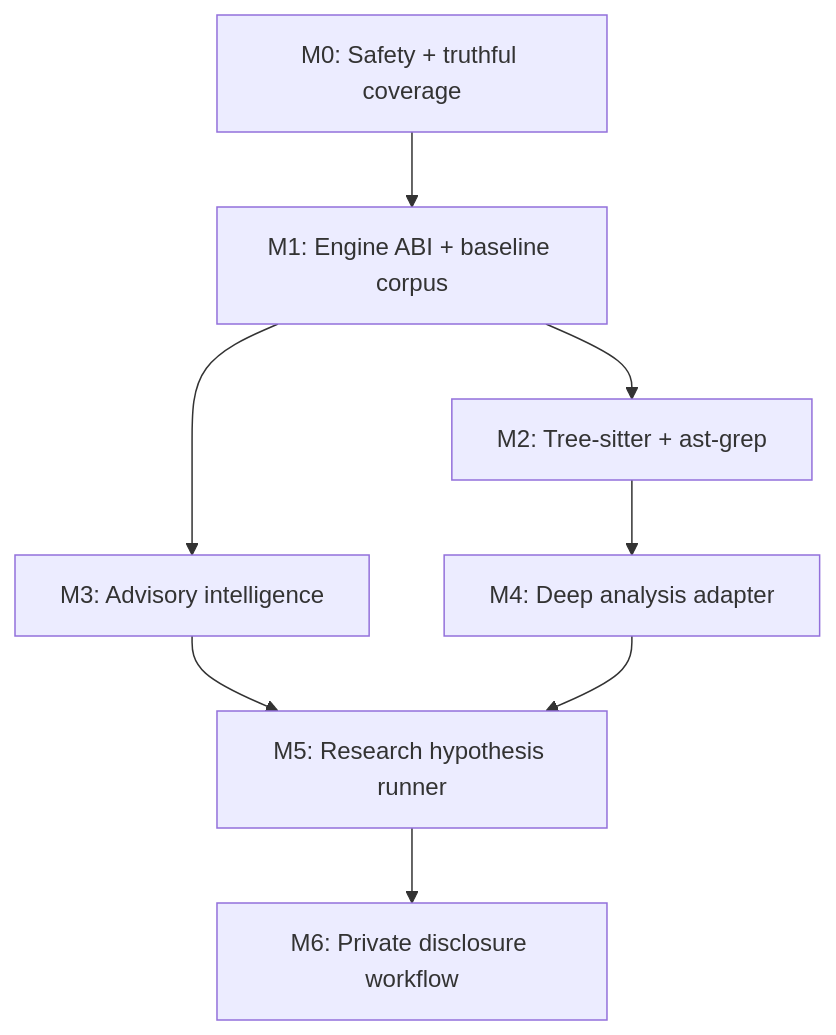
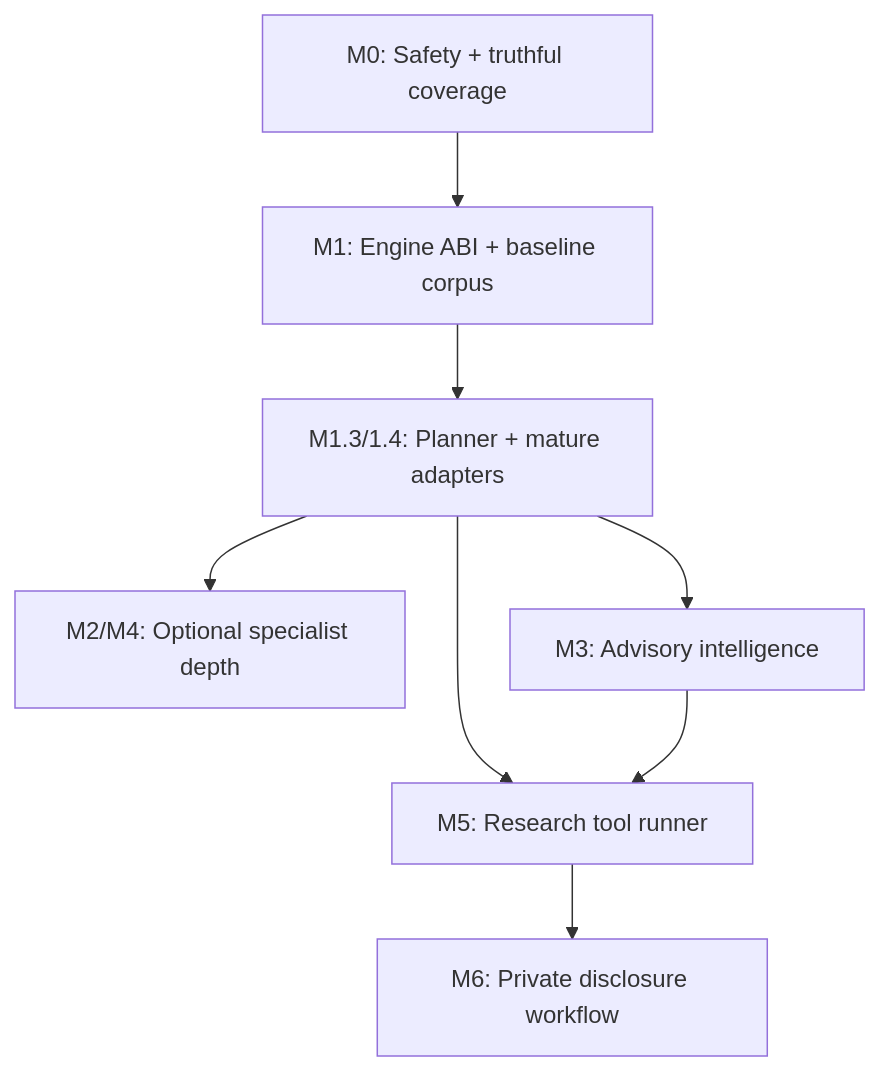
Before and after one commit to imMamdouhaboammar/bug-killer: the diagram in bug-killer-ultimate-spec-v1/10-IMPLEMENTATION-PLAN.md, drawn with Mermaid. The commit also changed other lines of this file and 21 other files, not shown here.

````diff
--- a/bug-killer-ultimate-spec-v1/10-IMPLEMENTATION-PLAN.md
+++ b/bug-killer-ultimate-spec-v1/10-IMPLEMENTATION-PLAN.md
@@ -7,10 +7,10 @@
 ```mermaid
 flowchart TD
     A["M0: Safety + truthful coverage"] --> B["M1: Engine ABI + baseline corpus"]
-    B --> C["M2: Tree-sitter + ast-grep"]
-    B --> D["M3: Advisory intelligence"]
-    C --> E["M4: Deep analysis adapter"]
-    D --> F["M5: Research hypothesis runner"]
+    B --> C["M1.3/1.4: Planner + mature adapters"]
+    C --> D["M2/M4: Optional specialist depth"]
+    C --> E["M3: Advisory intelligence"]
+    C --> F["M5: Research tool runner"]
     E --> F
     F --> G["M6: Private disclosure workflow"]
 ```
````
